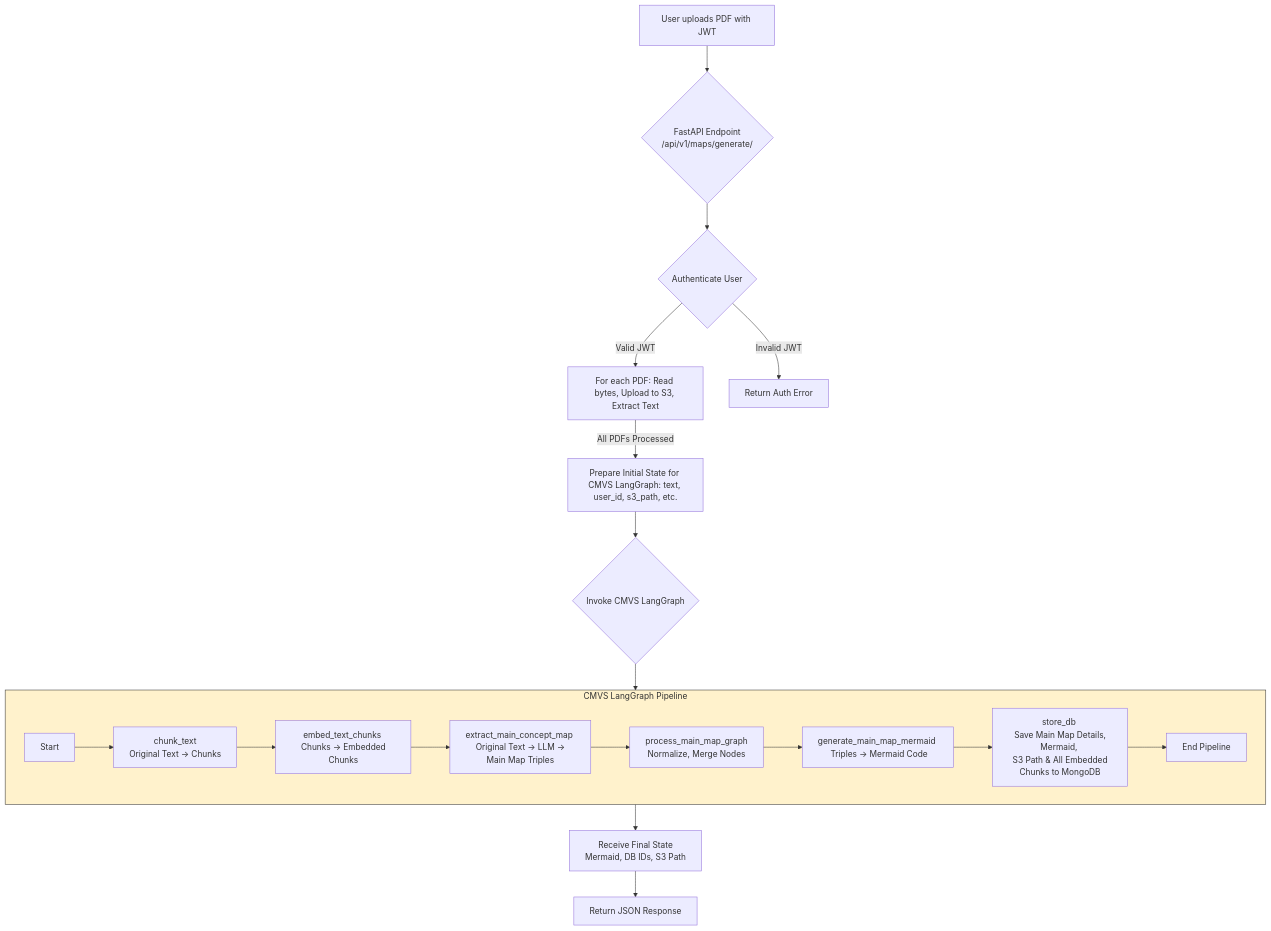
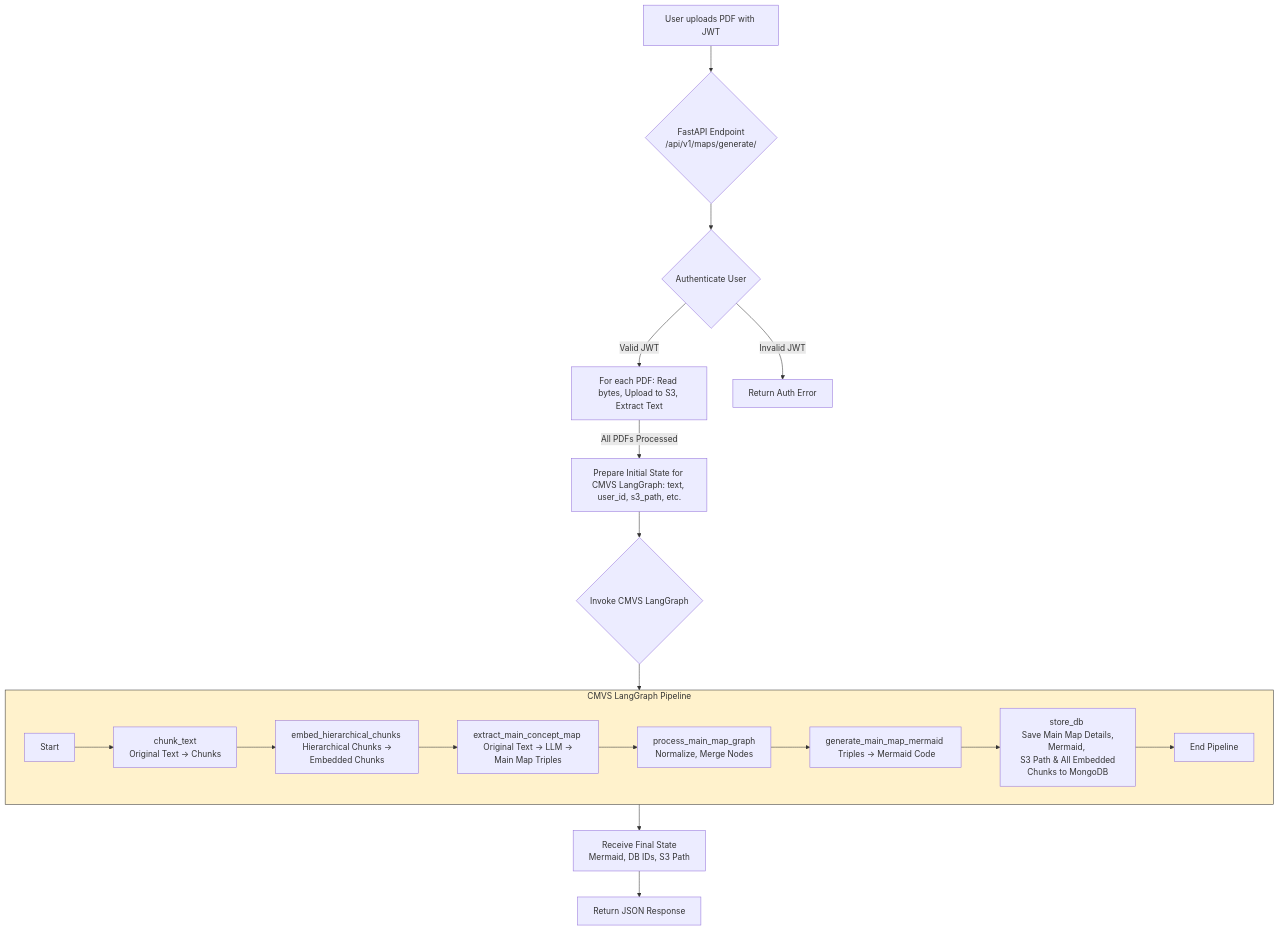
The third of 4 diagrams in README.md (edu-rag/vizmind-ai), drawn with Mermaid before and after one commit. The commit also changed other lines of this file and 8 other files, not shown here.

````diff
--- a/README.md
+++ b/README.md
@@ -179,27 +179,27 @@
 ```mermaid
 graph TD
     A[User uploads PDF with JWT] --> B{FastAPI Endpoint <br> /api/v1/maps/generate/};
     B --> C{Authenticate User};
     C -- Valid JWT --> D[For each PDF: Read bytes, Upload to S3, Extract Text];
    D -- All PDFs Processed --> I["Prepare Initial State for CMVS LangGraph: text, user_id, s3_path, etc."];
 
     I --> J{Invoke CMVS LangGraph};
 
     subgraph CMVS_LangGraph [CMVS LangGraph Pipeline]
         direction LR
         J_Start[Start] --> J1[chunk_text <br> Original Text -> Chunks];
-        J1 --> J2[embed_text_chunks <br> Chunks -> Embedded Chunks];
+        J1 --> J2[embed_hierarchical_chunks <br> Hierarchical Chunks -> Embedded Chunks];
         J2 --> J3[extract_main_concept_map <br> Original Text -> LLM -> Main Map Triples];
         J3 --> J4[process_main_map_graph <br> Normalize, Merge Nodes];
         J4 --> J5[generate_main_map_mermaid <br> Triples -> Mermaid Code];
         J5 --> J6[store_db <br> Save Main Map Details, Mermaid, <br> S3 Path & All Embedded Chunks to MongoDB];
         J6 --> J_End[End Pipeline];
     end
     
     J --> CMVS_LangGraph;
     CMVS_LangGraph --> K[Receive Final State <br> Mermaid, DB IDs, S3 Path];
     K --> L[Return JSON Response];
     C -- Invalid JWT --> L_AuthFail[Return Auth Error];
 
     style CMVS_LangGraph fill:#FFF2CC,stroke:#333
 ```
````
